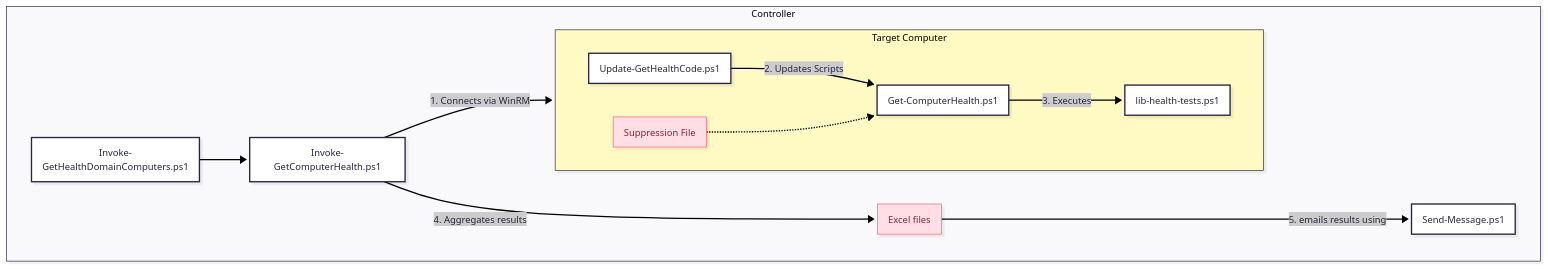
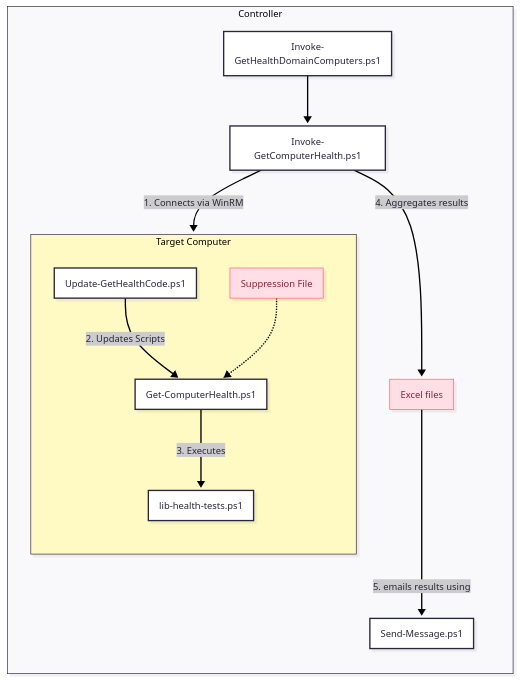
Before and after one commit to ndemou/GetComputerHealth: the diagram in README.md, drawn with Mermaid.

Commit message:
Fix flowchart syntax in README.md

````diff
--- a/README.md
+++ b/README.md
@@ -22,33 +22,33 @@
 ```mermaid
 ---
 config:
   look: neo
   theme: redux
 ---
-flowchart TB
+flowchart BT
  subgraph Controller["Controller"]
         Orchestrator["Invoke-GetComputerHealth.ps1"]
         Entry["Invoke-GetHealthDomainComputers.ps1"]
         Target["Target Servers"]
         Report["Excel files"]
         Mailer["Send-Message.ps1"]
   end
  subgraph Target["Target Computer"]
         LocalRunner["Get-ComputerHealth.ps1"]
         Updater["Update-GetHealthCode.ps1"]
         Tests["lib-health-tests.ps1"]
         Config["Suppression File"]
   end
     Entry --> Orchestrator
     Orchestrator -- "1. Connects via WinRM" --> Target
     Orchestrator -- "4. Aggregates results" --> Report
     Report -- "5. emails results using" --> Mailer
     Updater -- "2. Updates Scripts" --> LocalRunner
     LocalRunner -- "3. Executes" --> Tests
     Config -.-> LocalRunner
 
      Report:::Rose
      Config:::Rose
     classDef Rose stroke-width:1px, stroke-dasharray:none, stroke:#FF5978, fill:#FFDFE5, color:#8E2236
     style Target fill:#FFF9C4
 ```
````
